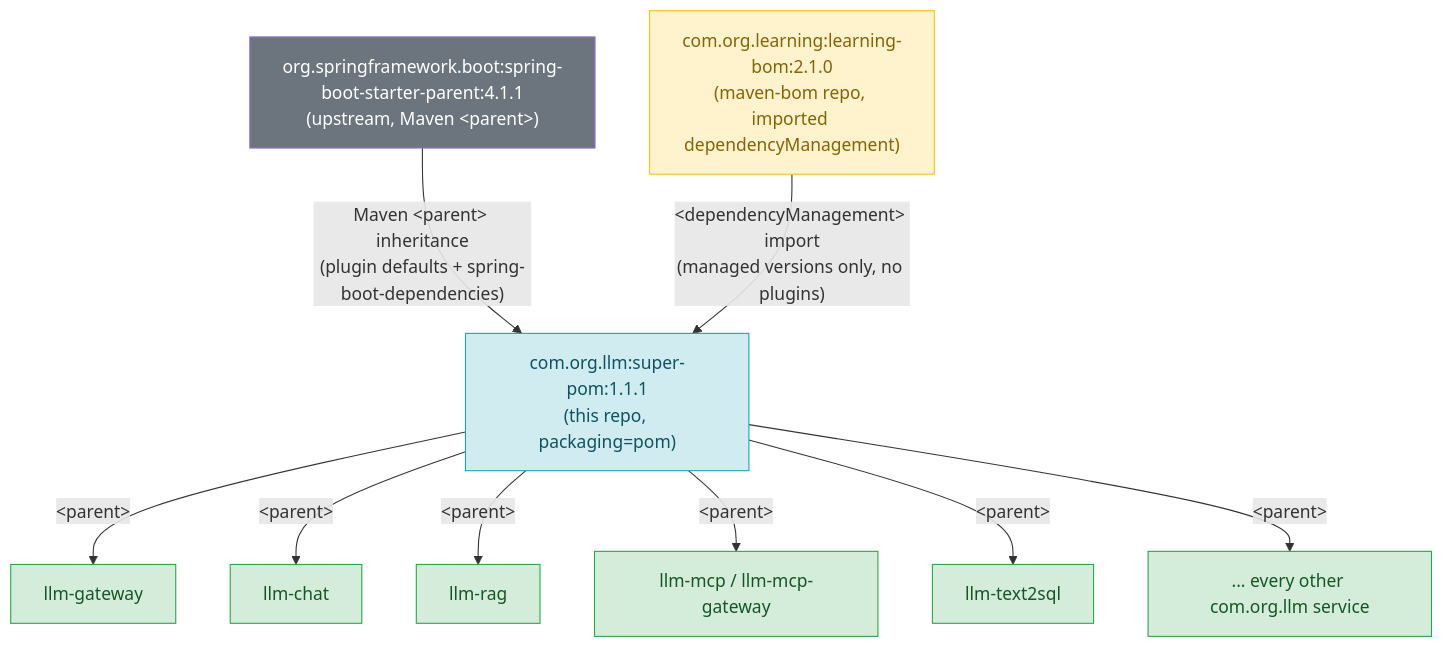
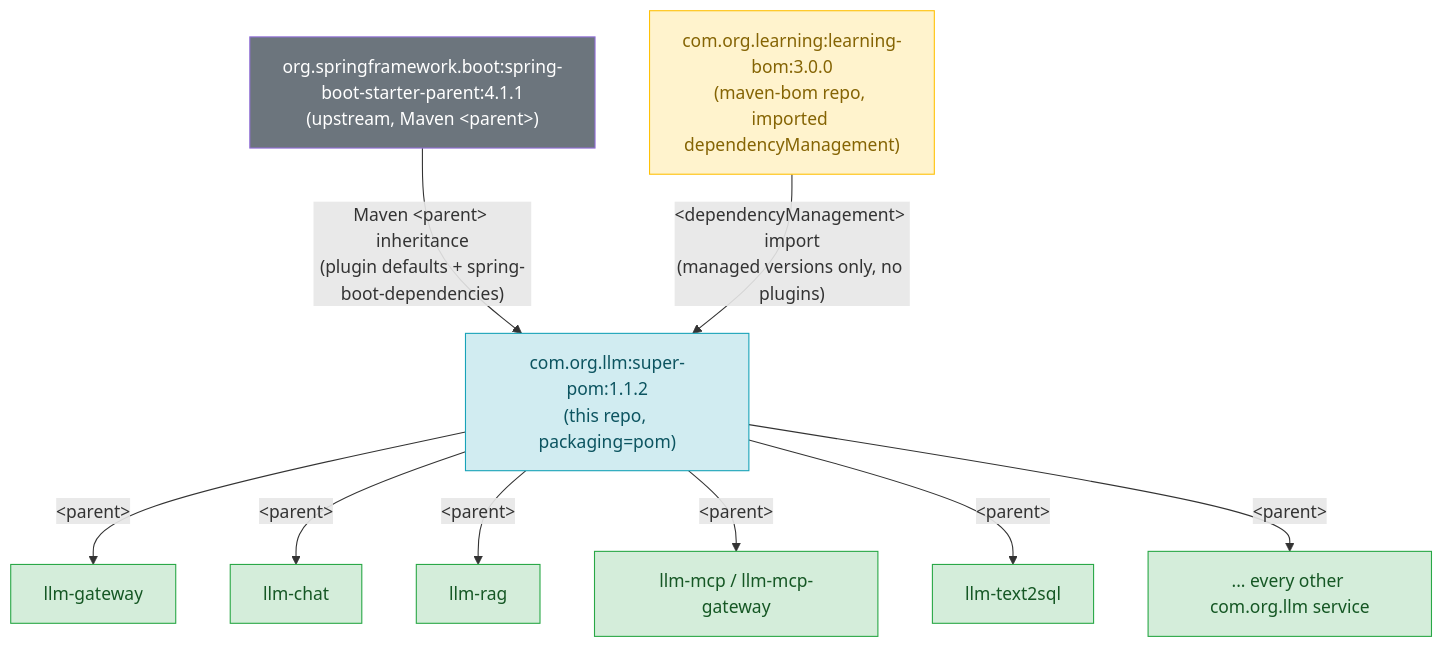
The first of 2 diagrams in README.md (himnay/super-pom), drawn with Mermaid before and after one commit. The commit also changed other lines of this file and 1 other file, not shown here.

Commit message:
Release super-pom 1.1.2: learning-bom 3.0.0 (Resilience4j follows Spring Cloud)

````diff
--- a/README.md
+++ b/README.md
@@ -222,26 +222,26 @@
 ```mermaid
 graph TD
     SBSP["org.springframework.boot:spring-boot-starter-parent:4.1.1<br/>(upstream, Maven &lt;parent&gt;)"]
-    BOM["com.org.learning:learning-bom:2.1.0<br/>(maven-bom repo, imported dependencyManagement)"]
-    SP["com.org.llm:super-pom:1.1.1<br/>(this repo, packaging=pom)"]
+    BOM["com.org.learning:learning-bom:3.0.0<br/>(maven-bom repo, imported dependencyManagement)"]
+    SP["com.org.llm:super-pom:1.1.2<br/>(this repo, packaging=pom)"]
 
     SBSP -->|"Maven &lt;parent&gt; inheritance<br/>(plugin defaults + spring-boot-dependencies)"| SP
     BOM -->|"&lt;dependencyManagement&gt; import<br/>(managed versions only, no plugins)"| SP
 
     SP -->|"&lt;parent&gt;"| LG[llm-gateway]
     SP -->|"&lt;parent&gt;"| LC[llm-chat]
     SP -->|"&lt;parent&gt;"| LR[llm-rag]
     SP -->|"&lt;parent&gt;"| LM[llm-mcp / llm-mcp-gateway]
     SP -->|"&lt;parent&gt;"| LT[llm-text2sql]
     SP -->|"&lt;parent&gt;"| LO[... every other com.org.llm service]
 
     style SBSP fill:#6c757d,color:#fff
     style BOM fill:#fff3cd,color:#856404,stroke:#ffc107
     style SP fill:#d1ecf1,color:#0c5460,stroke:#17a2b8
     style LG fill:#d4edda,color:#155724,stroke:#28a745
     style LC fill:#d4edda,color:#155724,stroke:#28a745
     style LR fill:#d4edda,color:#155724,stroke:#28a745
     style LM fill:#d4edda,color:#155724,stroke:#28a745
     style LT fill:#d4edda,color:#155724,stroke:#28a745
     style LO fill:#d4edda,color:#155724,stroke:#28a745
 ```
````
